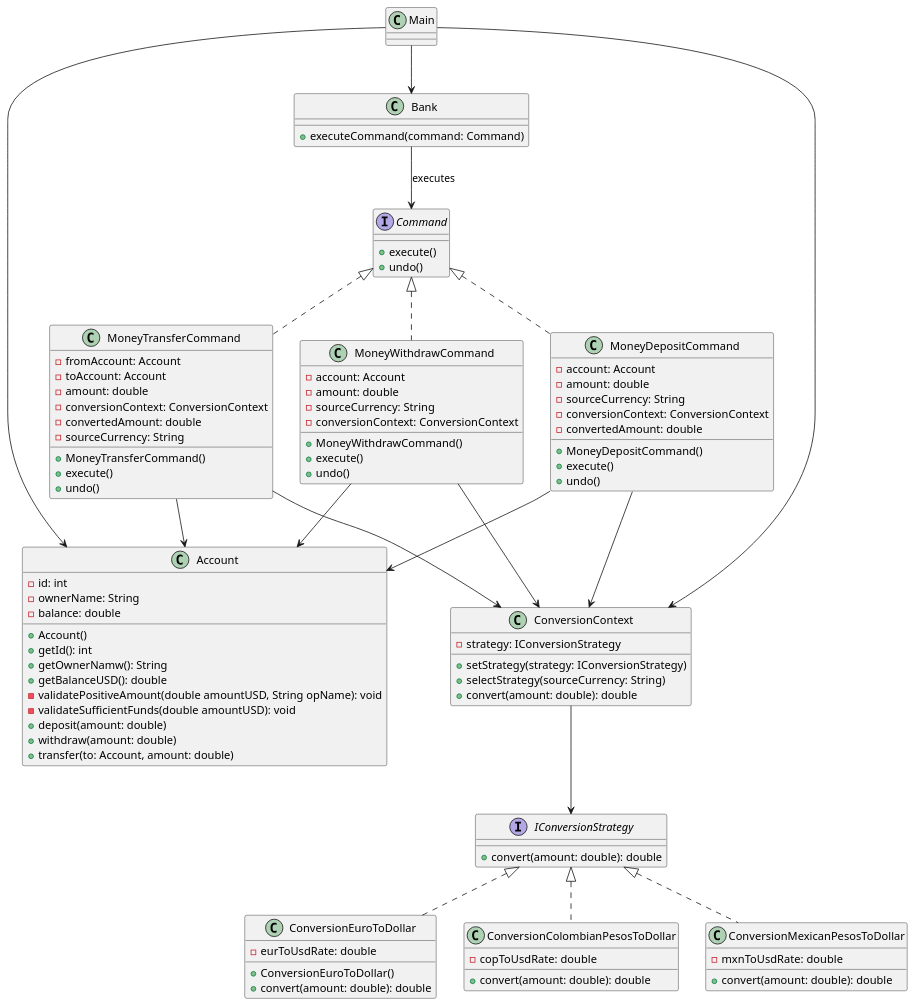
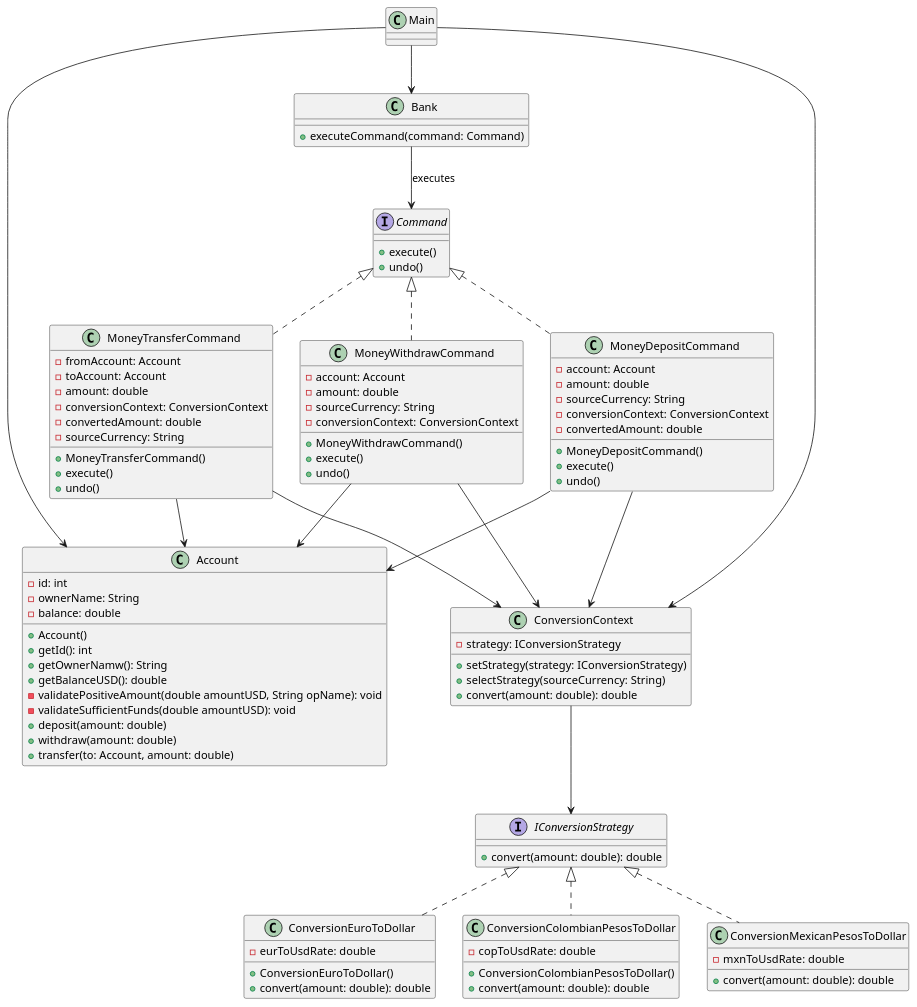
Before and after one commit to Jhon-Cortez/Strategy-Command: the diagram in DiagramaClases.wsd, drawn with PlantUML.

Commit message:
Metodos de la clase ConversionColombianPesosToDollar

```diff
--- a/DiagramaClases.wsd
+++ b/DiagramaClases.wsd
@@ -1,123 +1,124 @@
 @startuml
 
 ' ===== INTERFACES =====
 interface Command {
     +execute()
     +undo()
 }
 
 interface IConversionStrategy {
     +convert(amount: double): double
 }
 
 ' ===== CORE =====
 class Account {
     -id: int
     -ownerName: String 
     -balance: double
     +Account()
     +getId(): int
     +getOwnerNamw(): String
     +getBalanceUSD(): double
     -validatePositiveAmount(double amountUSD, String opName): void
     -validateSufficientFunds(double amountUSD): void
     +deposit(amount: double)
     +withdraw(amount: double)
     +transfer(to: Account, amount: double)
 }
 
 class Bank {
     +executeCommand(command: Command)
 }
 
 class Main
 
 ' ===== COMMANDS =====
 class MoneyDepositCommand {
     -account: Account
     -amount: double
     -sourceCurrency: String
     -conversionContext: ConversionContext
     -convertedAmount: double
     +MoneyDepositCommand()
     +execute()
     +undo()
     ' -convert(): double
 }
 
 class MoneyWithdrawCommand {
     -account: Account
     -amount: double
     -sourceCurrency: String
     -conversionContext: ConversionContext
     +MoneyWithdrawCommand()
     +execute()
     +undo()
 }
 
 class MoneyTransferCommand {
     -fromAccount: Account
     -toAccount: Account
     -amount: double
     -conversionContext: ConversionContext
     -convertedAmount: double
     -sourceCurrency: String
     +MoneyTransferCommand()
     +execute()
     +undo()
 }
 
 ' ===== STRATEGY CONTEXT =====
 class ConversionContext {
     -strategy: IConversionStrategy
     +setStrategy(strategy: IConversionStrategy)
     +selectStrategy(sourceCurrency: String)
     +convert(amount: double): double
 }
 
 ' ===== STRATEGIES =====
 class ConversionEuroToDollar {
     -eurToUsdRate: double
     +ConversionEuroToDollar()
     +convert(amount: double): double
 }
 
 class ConversionColombianPesosToDollar {
     -copToUsdRate: double
+    +ConversionColombianPesosToDollar()
     +convert(amount: double): double
 }
 
 class ConversionMexicanPesosToDollar {
     -mxnToUsdRate: double
     +convert(amount: double): double
 }
 
 ' ===== RELATIONSHIPS =====
 
 ' Command pattern
 Command <|.. MoneyDepositCommand
 Command <|.. MoneyWithdrawCommand
 Command <|.. MoneyTransferCommand
 Bank --> Command : executes
 
 ' Account usage
 MoneyDepositCommand --> Account
 MoneyWithdrawCommand --> Account
 MoneyTransferCommand --> Account
 
 ' Strategy pattern
 IConversionStrategy <|.. ConversionEuroToDollar
 IConversionStrategy <|.. ConversionColombianPesosToDollar
 IConversionStrategy <|.. ConversionMexicanPesosToDollar
 
 ConversionContext --> IConversionStrategy
 MoneyDepositCommand --> ConversionContext
 MoneyWithdrawCommand --> ConversionContext
 MoneyTransferCommand --> ConversionContext
 
 ' Main usage
 Main --> Bank
 Main --> Account
 Main --> ConversionContext
 
 @enduml
```
